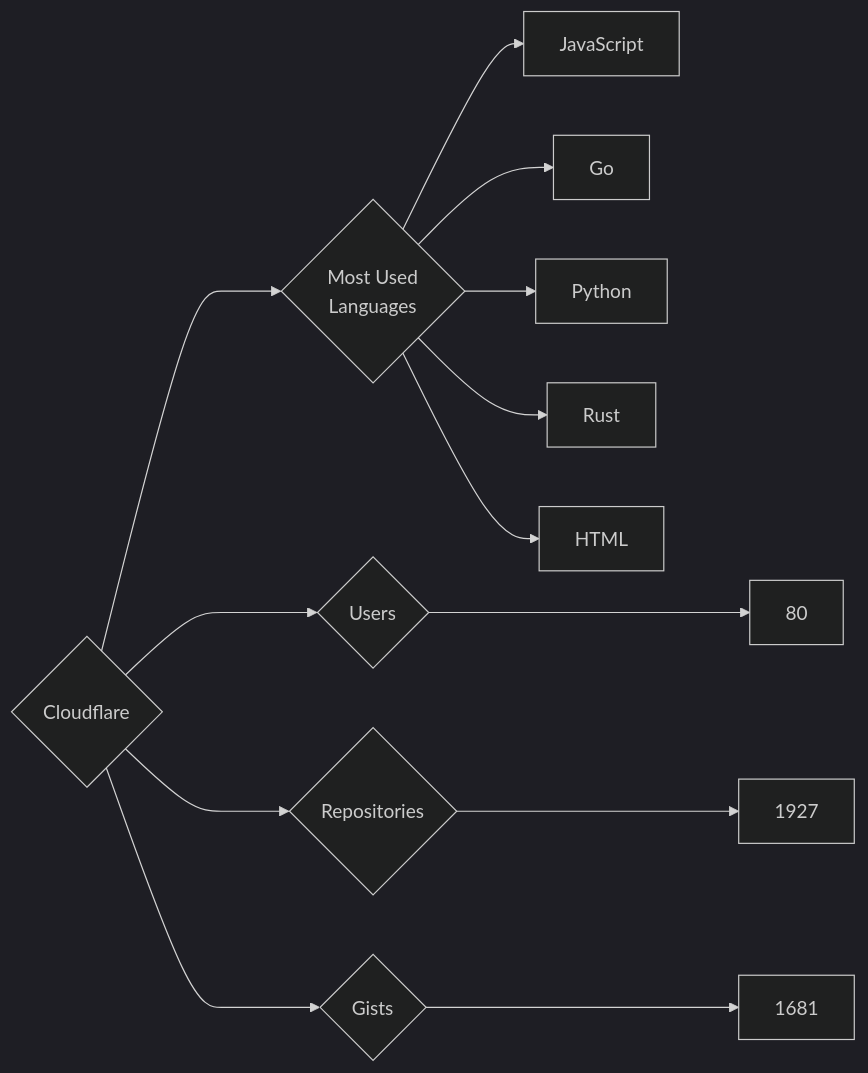
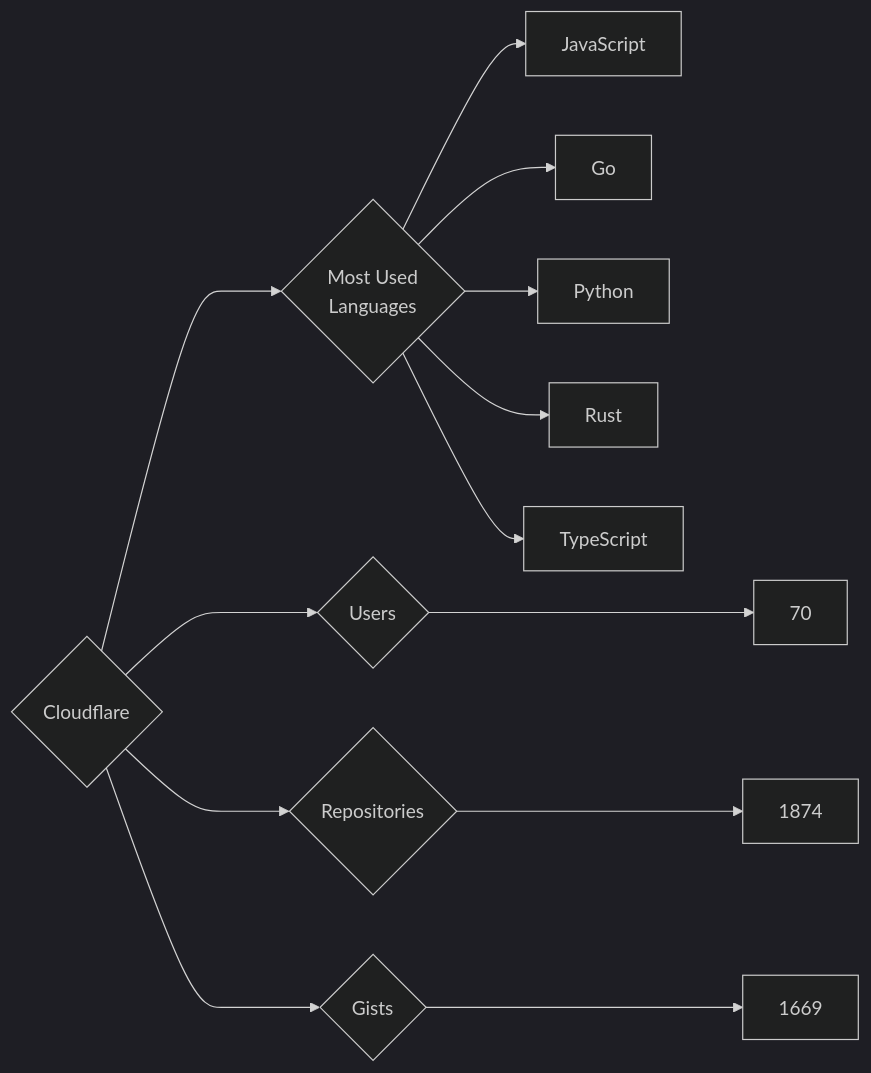
One commit to trickest/insiders changed the diagram in targets/Cloudflare/README.md. Above: the diagram before and after it, drawn with Mermaid (dark theme). The commit also changed 718 other files, not shown here.

````diff
--- a/targets/Cloudflare/README.md
+++ b/targets/Cloudflare/README.md
@@ -3,13 +3,13 @@
 ```mermaid
 graph LR
 COMPANY_NAME{Cloudflare}
-COMPANY_NAME ---> U{Users} ---> UN[80]
-COMPANY_NAME ---> R{Repositories} ---> RN[1927]
-COMPANY_NAME ---> G{Gists} ---> GN[1681]
+COMPANY_NAME ---> U{Users} ---> UN[70]
+COMPANY_NAME ---> R{Repositories} ---> RN[1874]
+COMPANY_NAME ---> G{Gists} ---> GN[1669]
 COMPANY_NAME ---> ML{Most Used<br>Languages}
 ML --> JavaScript[JavaScript]
 ML --> Go[Go]
 ML --> Python[Python]
 ML --> Rust[Rust]
-ML --> HTML[HTML]
+ML --> TypeScript[TypeScript]
 ```
````
